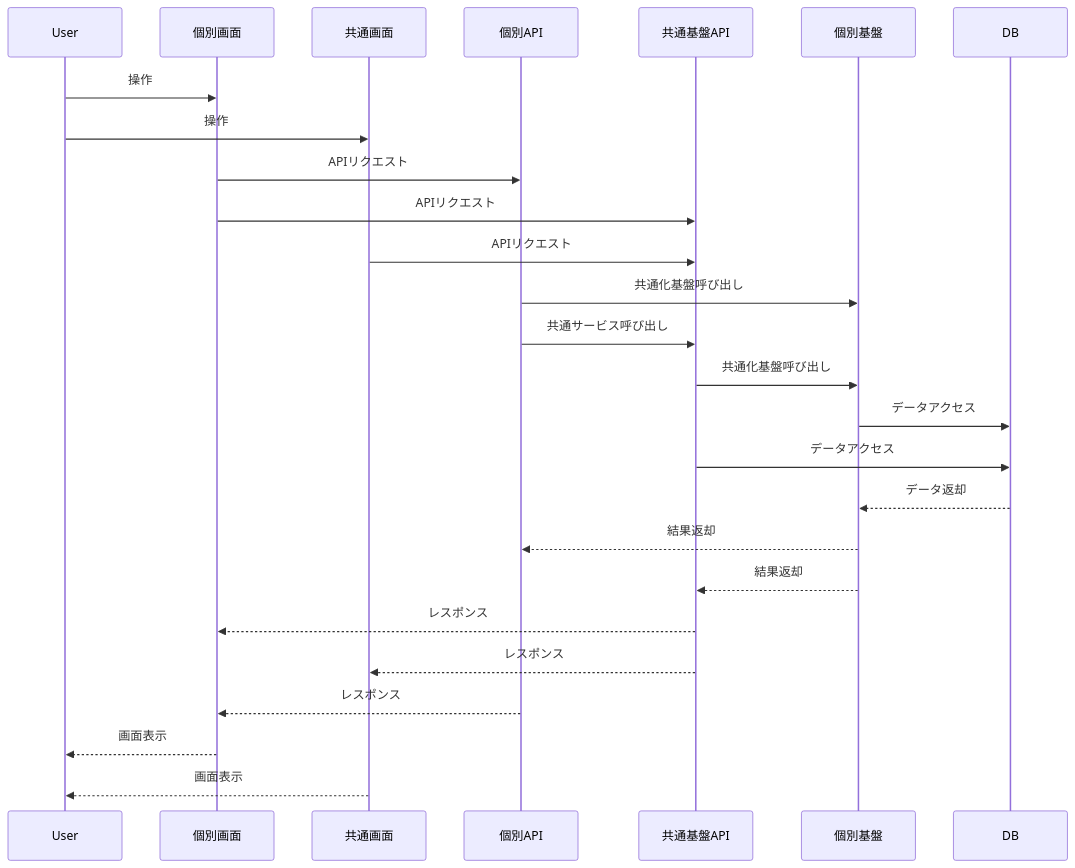
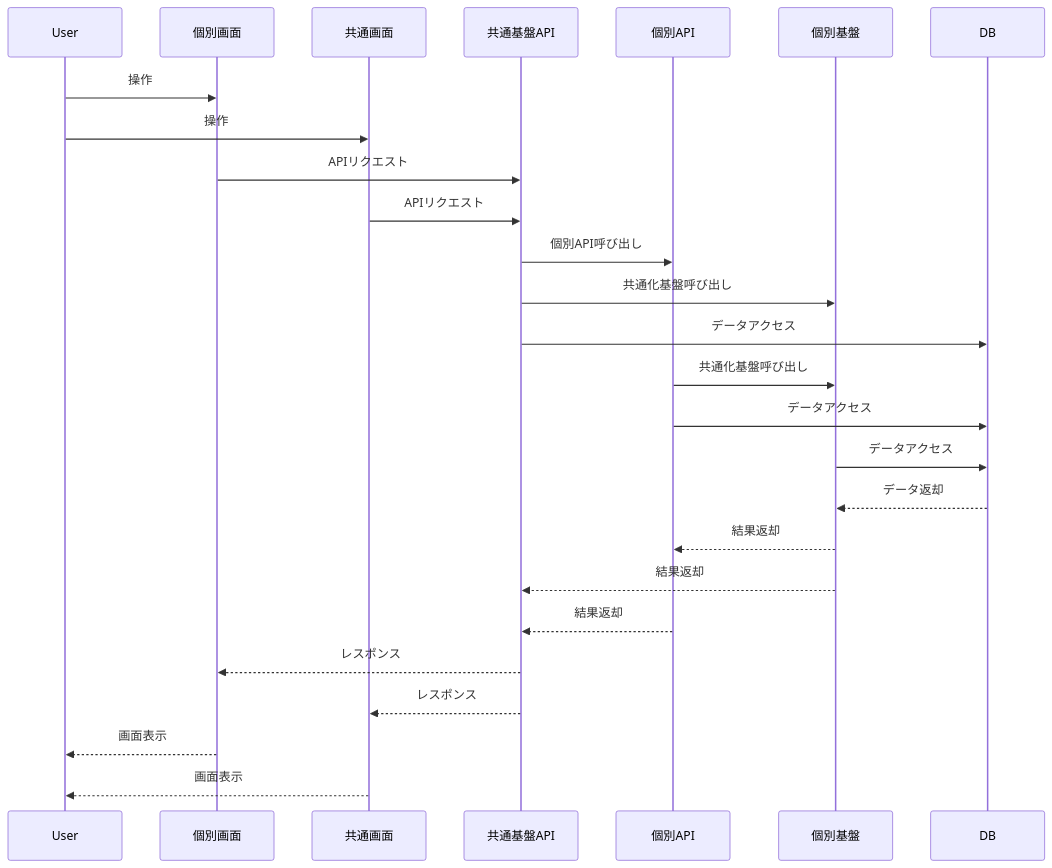
Before and after one commit to RyuheiKiso/KisoFramework: the second of 2 diagrams in docs/01_設計/01_アーキテクチャ.md, drawn with Mermaid. The commit also changed other lines of this file, not shown here.

First line of the commit message:
feat: アーキテクチャドキュメントのデータフローとシーケンス図を更新

````diff
--- a/docs/01_設計/01_アーキテクチャ.md
+++ b/docs/01_設計/01_アーキテクチャ.md
@@ -218,29 +217,29 @@
 ```mermaid
 sequenceDiagram
   participant User
   participant IndividualUI as 個別画面
   participant CommonUI as 共通画面
+  participant CommonAPI as 共通基盤API
   participant IndividualAPI as 個別API
-  participant CommonAPI as 共通基盤API
   participant IndividualPlatform as 個別基盤
   participant DB
 
   User->>IndividualUI: 操作
   User->>CommonUI: 操作
-  IndividualUI->>IndividualAPI: APIリクエスト
   IndividualUI->>CommonAPI: APIリクエスト
   CommonUI->>CommonAPI: APIリクエスト
+  CommonAPI->>IndividualAPI: 個別API呼び出し
+  CommonAPI->>IndividualPlatform: 共通化基盤呼び出し
+  CommonAPI->>DB: データアクセス
   IndividualAPI->>IndividualPlatform: 共通化基盤呼び出し
-  IndividualAPI->>CommonAPI: 共通サービス呼び出し
-  CommonAPI->>IndividualPlatform: 共通化基盤呼び出し
+  IndividualAPI->>DB: データアクセス
   IndividualPlatform->>DB: データアクセス
-  CommonAPI->>DB: データアクセス
   DB-->>IndividualPlatform: データ返却
   IndividualPlatform-->>IndividualAPI: 結果返却
   IndividualPlatform-->>CommonAPI: 結果返却
+  IndividualAPI-->>CommonAPI: 結果返却
   CommonAPI-->>IndividualUI: レスポンス
   CommonAPI-->>CommonUI: レスポンス
-  IndividualAPI-->>IndividualUI: レスポンス
   IndividualUI-->>User: 画面表示
   CommonUI-->>User: 画面表示
 ```
````
